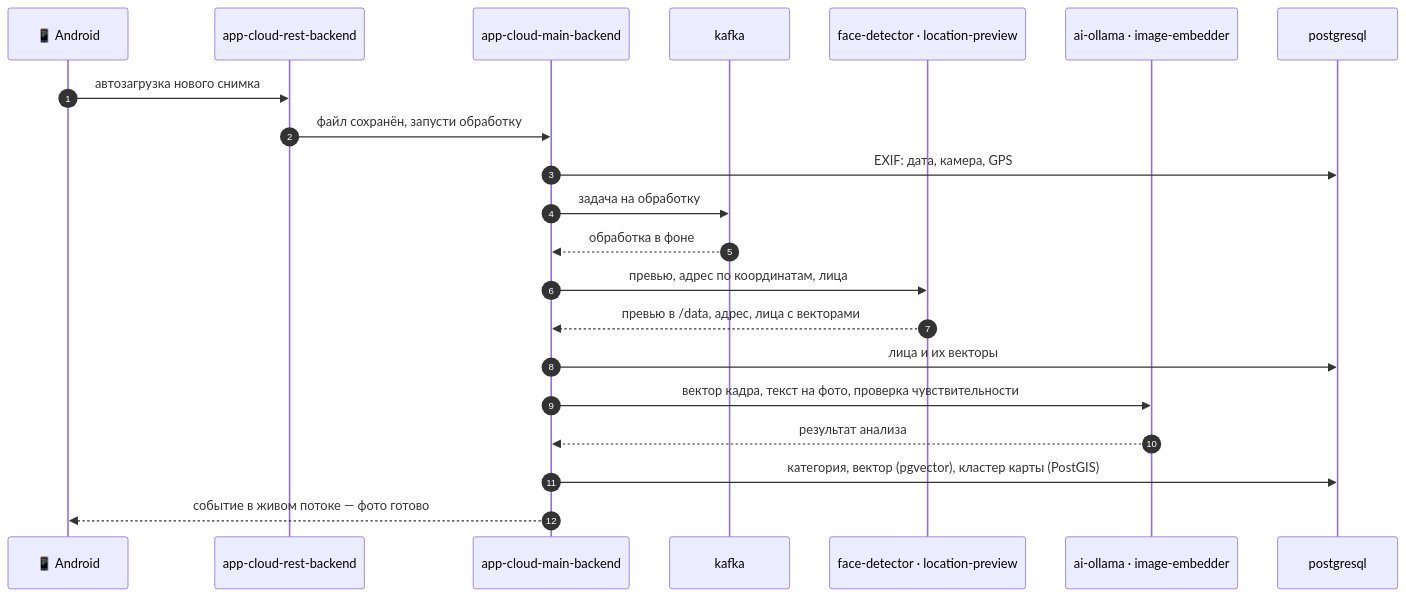
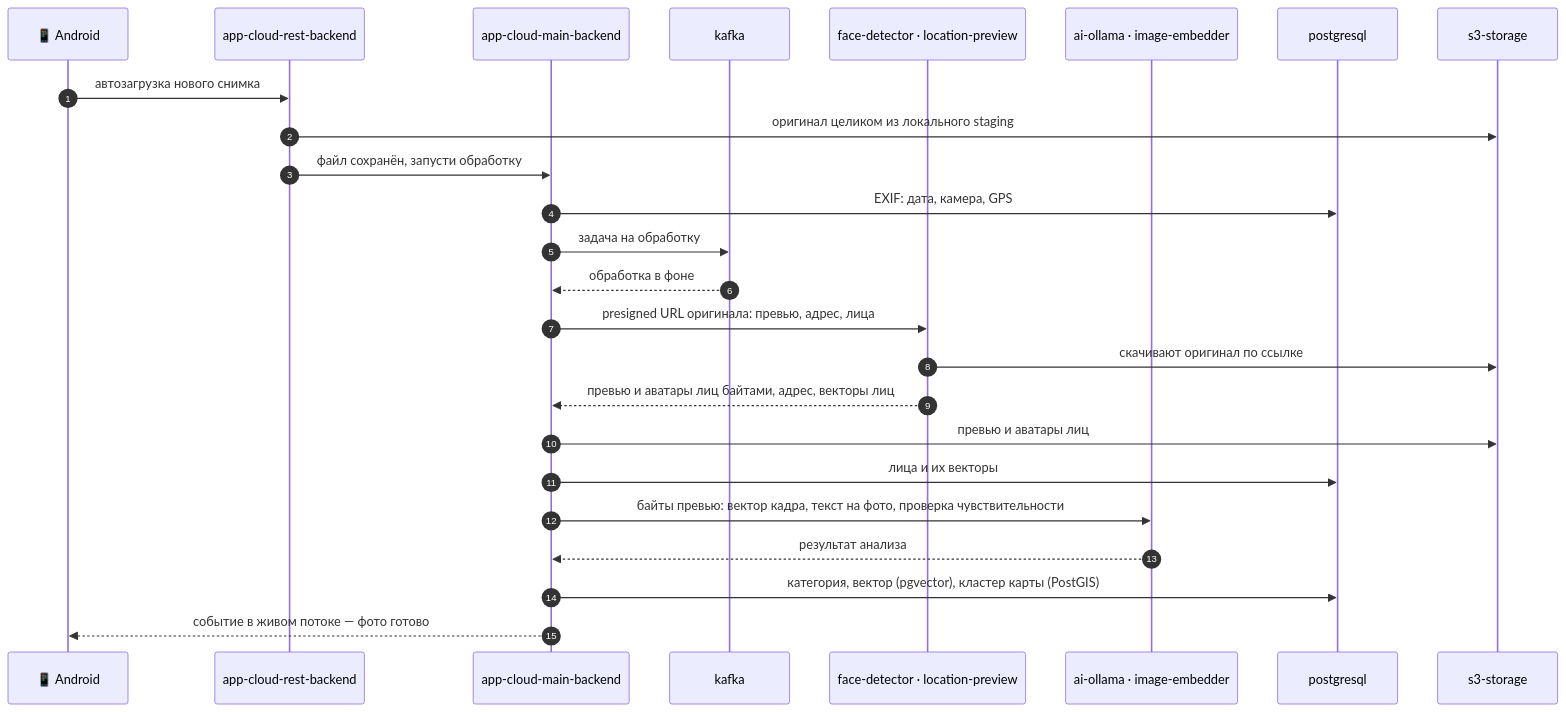
One commit to Bati4eli/SmartCloud-all-in-one changed the fourth of 4 diagrams in README.md. Above: the diagram before and after it, drawn with Mermaid. The commit also changed other lines of this file, not shown here.

First line of the commit message:
docs: 🪣 show S3 storage in README architecture diagram

````diff
--- a/README.md
+++ b/README.md
@@ -271,24 +272,28 @@
 ```mermaid
 sequenceDiagram
     autonumber
     participant Phone as 📱 Android
     participant REST as app-cloud-rest-backend
     participant Main as app-cloud-main-backend
     participant K as kafka
     participant CV as face-detector · location-preview
     participant AI as ai-ollama · image-embedder
     participant DB as postgresql
+    participant S3 as s3-storage
 
     Phone->>REST: автозагрузка нового снимка
+    REST->>S3: оригинал целиком из локального staging
     REST->>Main: файл сохранён, запусти обработку
     Main->>DB: EXIF: дата, камера, GPS
     Main->>K: задача на обработку
     K-->>Main: обработка в фоне
-    Main->>CV: превью, адрес по координатам, лица
-    CV-->>Main: превью в /data, адрес, лица с векторами
+    Main->>CV: presigned URL оригинала: превью, адрес, лица
+    CV->>S3: скачивают оригинал по ссылке
+    CV-->>Main: превью и аватары лиц байтами, адрес, векторы лиц
+    Main->>S3: превью и аватары лиц
     Main->>DB: лица и их векторы
-    Main->>AI: вектор кадра, текст на фото, проверка чувствительности
+    Main->>AI: байты превью: вектор кадра, текст на фото, проверка чувствительности
     AI-->>Main: результат анализа
     Main->>DB: категория, вектор (pgvector), кластер карты (PostGIS)
     Main-->>Phone: событие в живом потоке — фото готово
 ```
````
